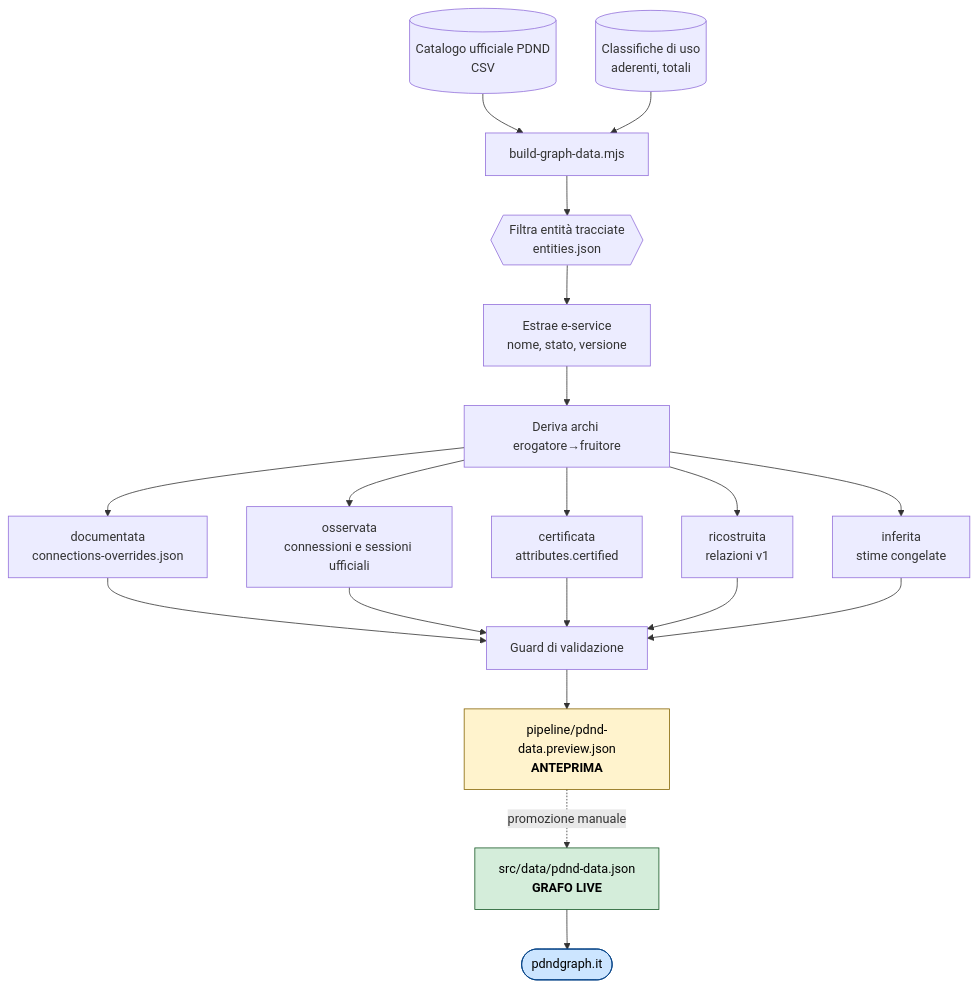
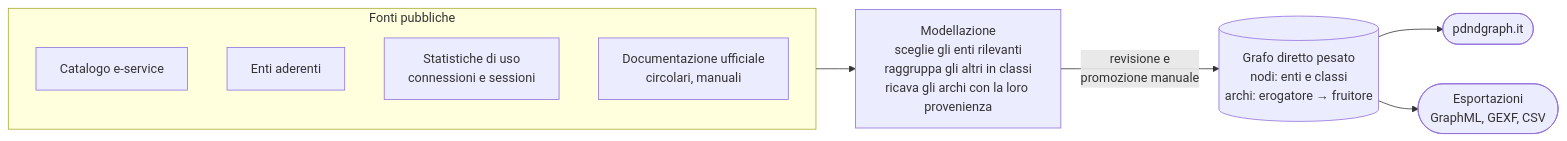
Before and after one commit to engineering87/pdnd-eservices-graph: the diagram in README.md, drawn with Mermaid. The commit also changed other lines of this file and 3 other files, not shown here.

````diff
--- a/README.md
+++ b/README.md
@@ -182,25 +153,20 @@
 ```mermaid
-flowchart TD
-    A[("Catalogo ufficiale PDND<br/>CSV")] --> B[build-graph-data.mjs]
-    S[("Classifiche di uso<br/>aderenti, totali")] --> B
-    B --> C{{"Filtra entità tracciate<br/>entities.json"}}
-    C --> D["Estrae e-service<br/>nome, stato, versione"]
-    D --> E["Deriva archi erogatore→fruitore"]
-    E --> F["documentata<br/>connections-overrides.json"]
-    E --> O["osservata<br/>connessioni e sessioni ufficiali"]
-    E --> G["certificata<br/>attributes.certified"]
-    E --> R["ricostruita<br/>relazioni v1"]
-    E --> H["inferita<br/>stime congelate"]
-    F --> I["Guard di validazione"]
-    O --> I
-    G --> I
-    R --> I
-    H --> I
-    I --> J["pipeline/pdnd-data.preview.json<br/><b>ANTEPRIMA</b>"]
-    J -.->|"promozione manuale"| K["src/data/pdnd-data.json<br/><b>GRAFO LIVE</b>"]
-    K --> L(["pdndgraph.it"])
+flowchart LR
+    subgraph FONTI["Fonti pubbliche"]
+        direction TB
+        C["Catalogo e-service"]
+        E["Enti aderenti"]
+        U["Statistiche di uso<br/>connessioni e sessioni"]
+        D["Documentazione ufficiale<br/>circolari, manuali"]
+    end
 
-    style J fill:#fff3cd,stroke:#856404,color:#000
-    style K fill:#d4edda,stroke:#155724,color:#000
-    style L fill:#cce5ff,stroke:#004085,color:#000
+    P["Modellazione<br/>sceglie gli enti rilevanti<br/>raggruppa gli altri in classi<br/>ricava gli archi con la loro provenienza"]
+    G[("Grafo diretto pesato<br/>nodi: enti e classi<br/>archi: erogatore → fruitore")]
+    A(["pdndgraph.it"])
+    X(["Esportazioni<br/>GraphML, GEXF, CSV"])
+
+    FONTI --> P
+    P -->|"revisione e<br/>promozione manuale"| G
+    G --> A
+    G --> X
 ```
````
